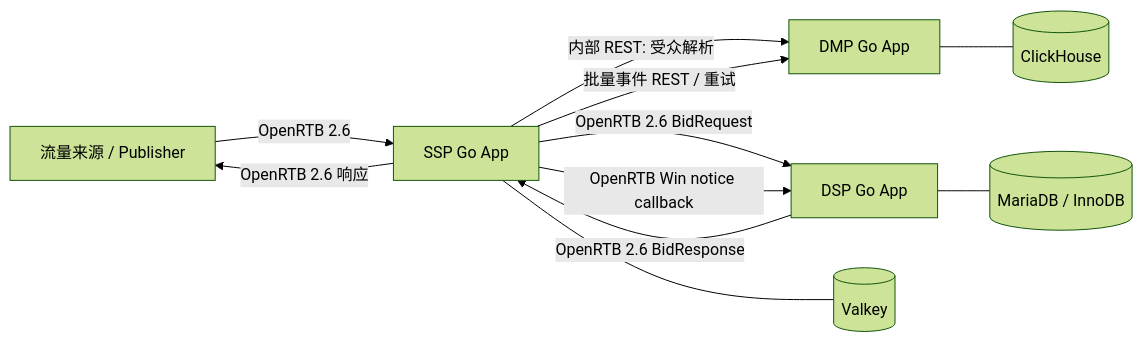
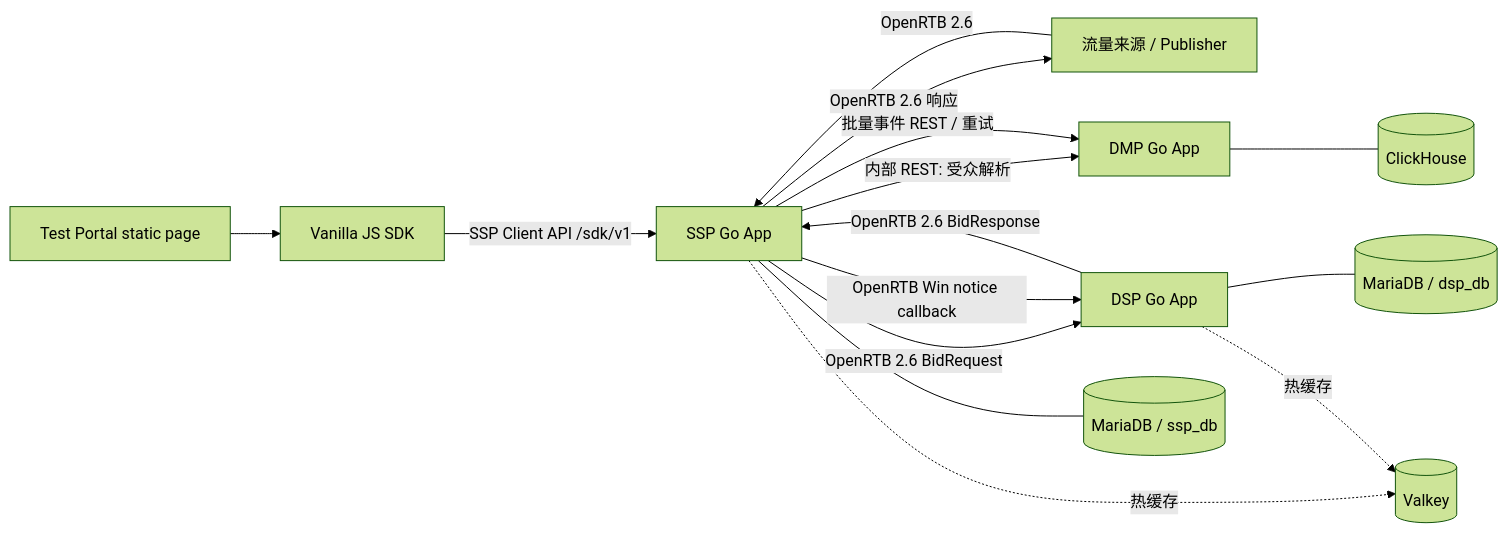
The diagram in docs/design/README.md (songfei1983/open-ads), drawn with Mermaid (forest theme) before and after one commit. The commit also changed other lines of this file and 3 other files, not shown here.

````diff
--- a/docs/design/README.md
+++ b/docs/design/README.md
@@ -45,13 +54,17 @@
 ```mermaid
 flowchart LR
+  Portal[Test Portal static page] --> SDK[Vanilla JS SDK]
+  SDK -->|SSP Client API /sdk/v1| SSP[SSP Go App]
   Supply[流量来源 / Publisher] -->|OpenRTB 2.6| SSP[SSP Go App]
   SSP -->|内部 REST: 受众解析| DMP[DMP Go App]
   SSP -->|OpenRTB 2.6 BidRequest| DSP[DSP Go App]
   DSP -->|OpenRTB 2.6 BidResponse| SSP
   SSP -->|OpenRTB Win notice callback| DSP
   SSP -->|批量事件 REST / 重试| DMP
-  SSP --- VK[(Valkey)]
-  DSP --- MDB[(MariaDB / InnoDB)]
+  SSP --- SSPDB[(MariaDB / ssp_db)]
+  DSP --- DSPDB[(MariaDB / dsp_db)]
+  SSP -. 热缓存 .-> VK[(Valkey)]
+  DSP -. 热缓存 .-> VK
   DMP --- CH[(ClickHouse)]
   SSP -->|OpenRTB 2.6 响应| Supply
 ```
````
